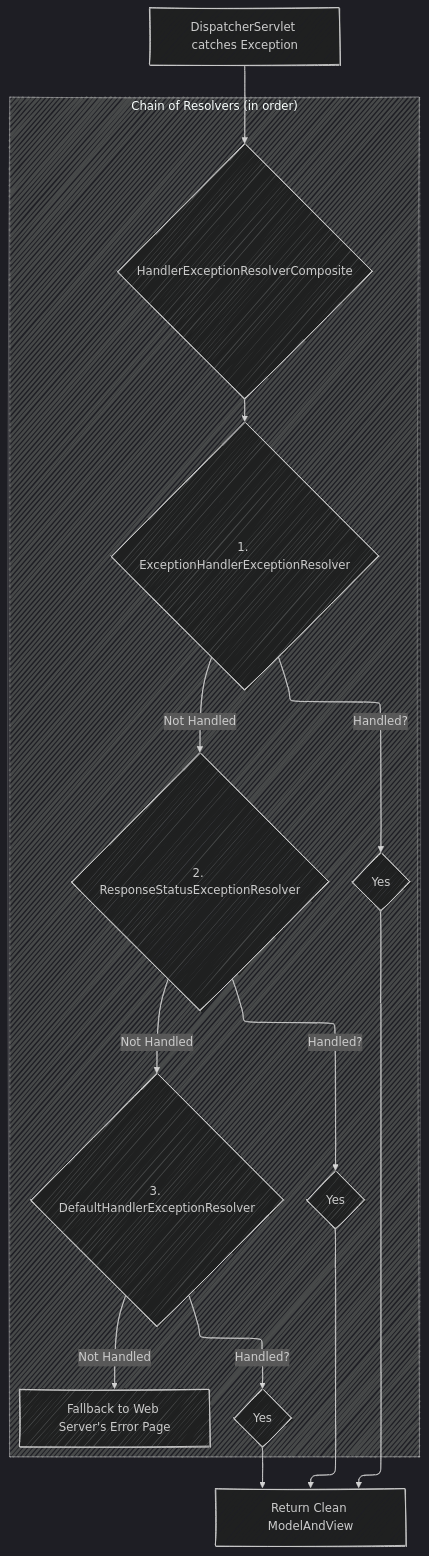
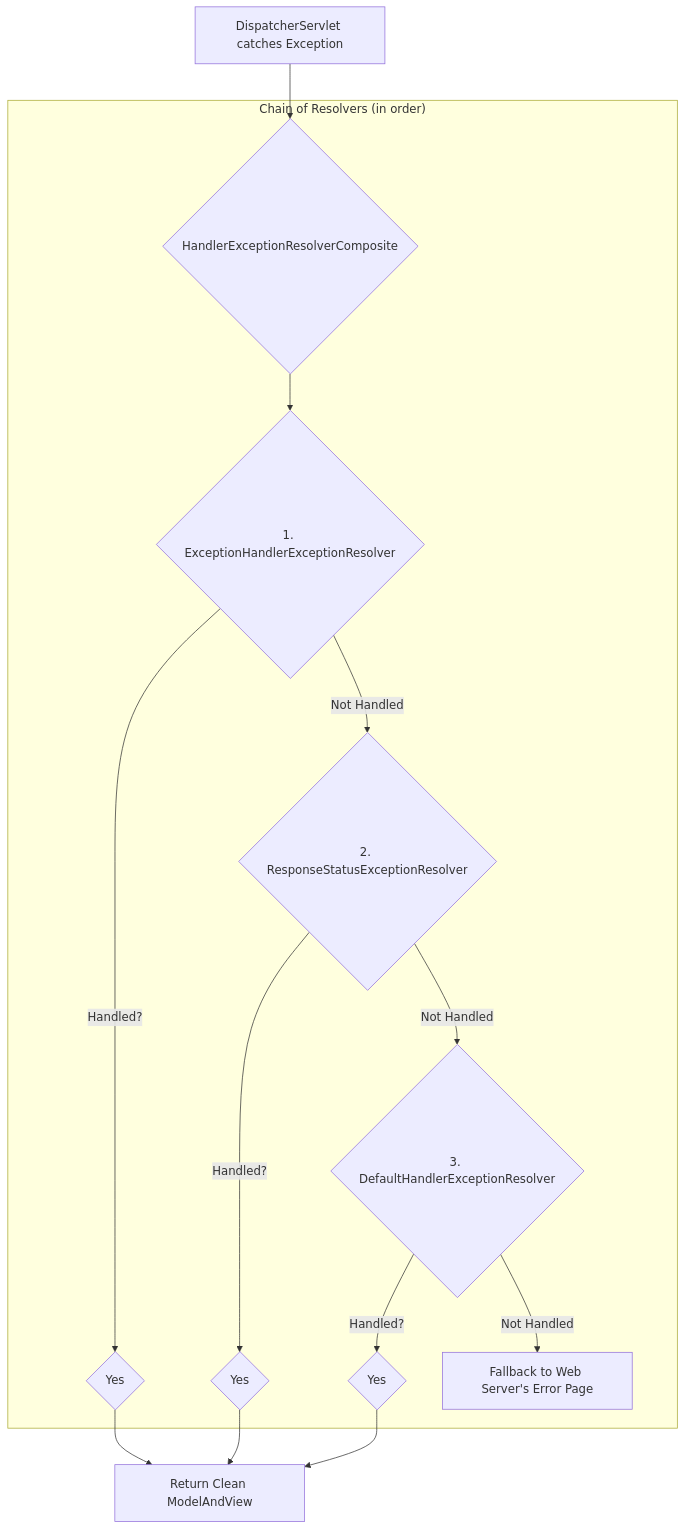
Before and after one commit to Ashjha75/MyDocs: the first of 2 diagrams in src/content/docs/springboot/projectdocs/exception-handling.md, drawn with Mermaid. The commit also changed 2 other files, not shown here.

Commit message:
Refactor: Update mermaid CSS styles and adjust custom CSS path in configuration

````diff
--- a/src/content/docs/springboot/projectdocs/exception-handling.md
+++ b/src/content/docs/springboot/projectdocs/exception-handling.md
@@ -27,22 +27,17 @@
 ```mermaid
----
-config:
-  look: handDrawn
-  theme: dark
-  layout: elk
----
+
 graph TD
     A[DispatcherServlet catches Exception] --> B{HandlerExceptionResolverComposite};
     subgraph "Chain of Resolvers (in order)"
         B --> C{1. ExceptionHandlerExceptionResolver};
         C -- Handled? --> D{Yes};
         C -- Not Handled --> E{2. ResponseStatusExceptionResolver};
         E -- Handled? --> F{Yes};
         E -- Not Handled --> G{3. DefaultHandlerExceptionResolver};
         G -- Handled? --> H{Yes};
         G -- Not Handled --> I[Fallback to Web Server's Error Page];
     end
     D --> J[Return Clean ModelAndView];
     F --> J;
     H --> J;
 ```
````
